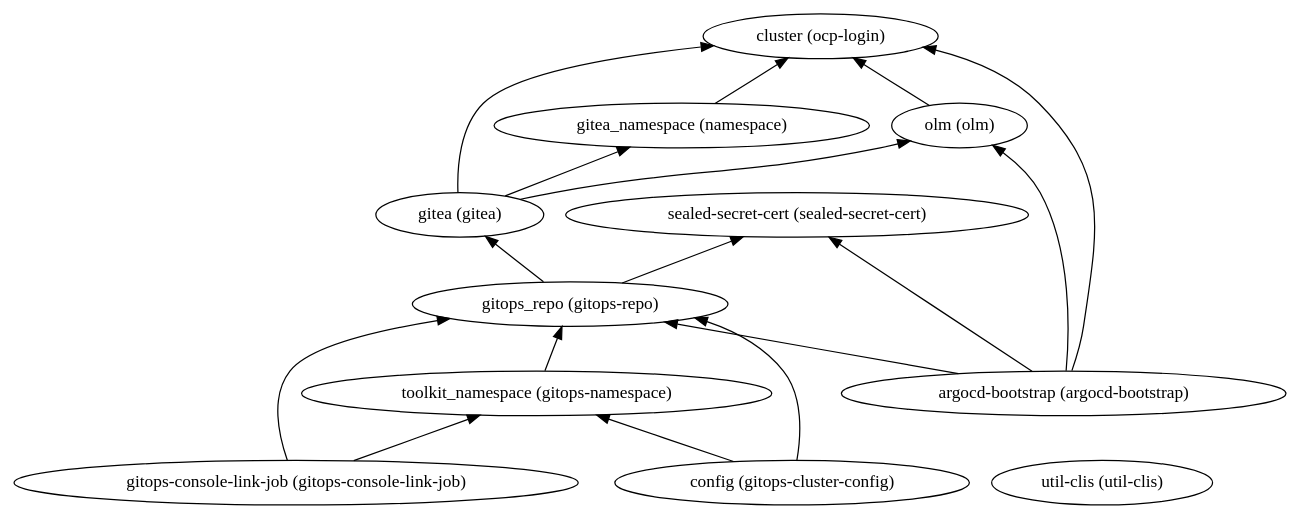
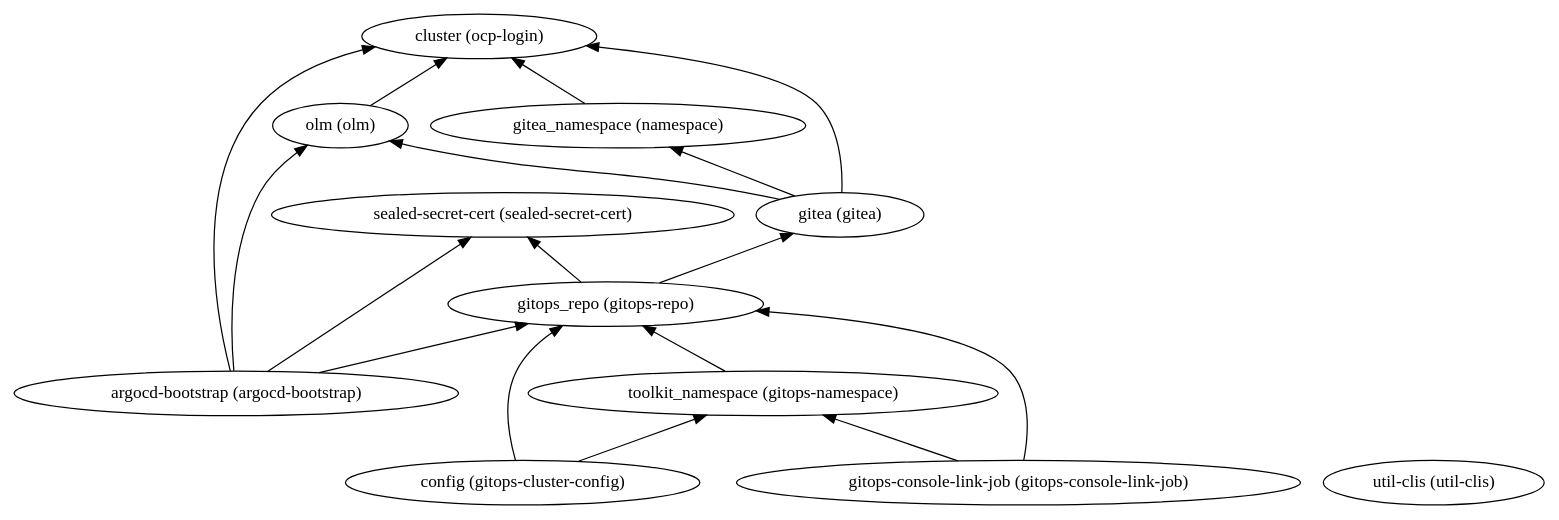
The diagram in 2-standard/200-openshift-gitops/dependencies.dot (IBM/automation-aws-infra-openshift), drawn with Graphviz before and after one commit. The commit also changed 45 other files, not shown here.

```diff
--- a/2-standard/200-openshift-gitops/dependencies.dot
+++ b/2-standard/200-openshift-gitops/dependencies.dot
@@ -1,30 +1,30 @@
 digraph {
     rankdir="BT"
-    "config (gitops-cluster-config)" -> "gitops_repo (gitops-repo)"
+    "gitea_namespace (namespace)" -> "cluster (ocp-login)"
+"gitea_namespace (namespace)"
+"cluster (ocp-login)"
+"gitea (gitea)" -> "cluster (ocp-login)"
+"gitea (gitea)" -> "olm (olm)"
+"gitea (gitea)" -> "gitea_namespace (namespace)"
+"gitea (gitea)"
+"olm (olm)" -> "cluster (ocp-login)"
+"olm (olm)"
+"config (gitops-cluster-config)" -> "gitops_repo (gitops-repo)"
 "config (gitops-cluster-config)" -> "toolkit_namespace (gitops-namespace)"
 "config (gitops-cluster-config)"
 "gitops_repo (gitops-repo)" -> "sealed-secret-cert (sealed-secret-cert)"
 "gitops_repo (gitops-repo)" -> "gitea (gitea)"
 "gitops_repo (gitops-repo)"
 "sealed-secret-cert (sealed-secret-cert)"
-"gitea (gitea)" -> "cluster (ocp-login)"
-"gitea (gitea)" -> "olm (olm)"
-"gitea (gitea)" -> "gitea_namespace (namespace)"
-"gitea (gitea)"
-"cluster (ocp-login)"
-"olm (olm)" -> "cluster (ocp-login)"
-"olm (olm)"
-"gitea_namespace (namespace)" -> "cluster (ocp-login)"
-"gitea_namespace (namespace)"
 "toolkit_namespace (gitops-namespace)" -> "gitops_repo (gitops-repo)"
 "toolkit_namespace (gitops-namespace)"
+"gitops-console-link-job (gitops-console-link-job)" -> "gitops_repo (gitops-repo)"
+"gitops-console-link-job (gitops-console-link-job)" -> "toolkit_namespace (gitops-namespace)"
+"gitops-console-link-job (gitops-console-link-job)"
 "argocd-bootstrap (argocd-bootstrap)" -> "cluster (ocp-login)"
 "argocd-bootstrap (argocd-bootstrap)" -> "olm (olm)"
 "argocd-bootstrap (argocd-bootstrap)" -> "gitops_repo (gitops-repo)"
 "argocd-bootstrap (argocd-bootstrap)" -> "sealed-secret-cert (sealed-secret-cert)"
 "argocd-bootstrap (argocd-bootstrap)"
-"gitops-console-link-job (gitops-console-link-job)" -> "gitops_repo (gitops-repo)"
-"gitops-console-link-job (gitops-console-link-job)" -> "toolkit_namespace (gitops-namespace)"
-"gitops-console-link-job (gitops-console-link-job)"
 "util-clis (util-clis)"
   }
```
